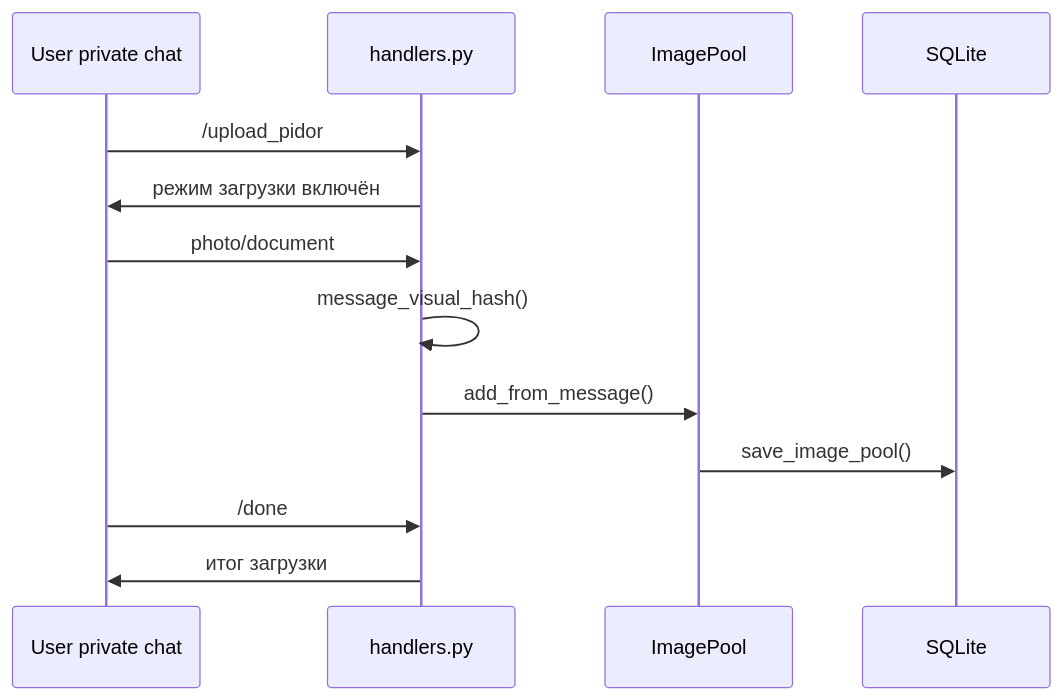
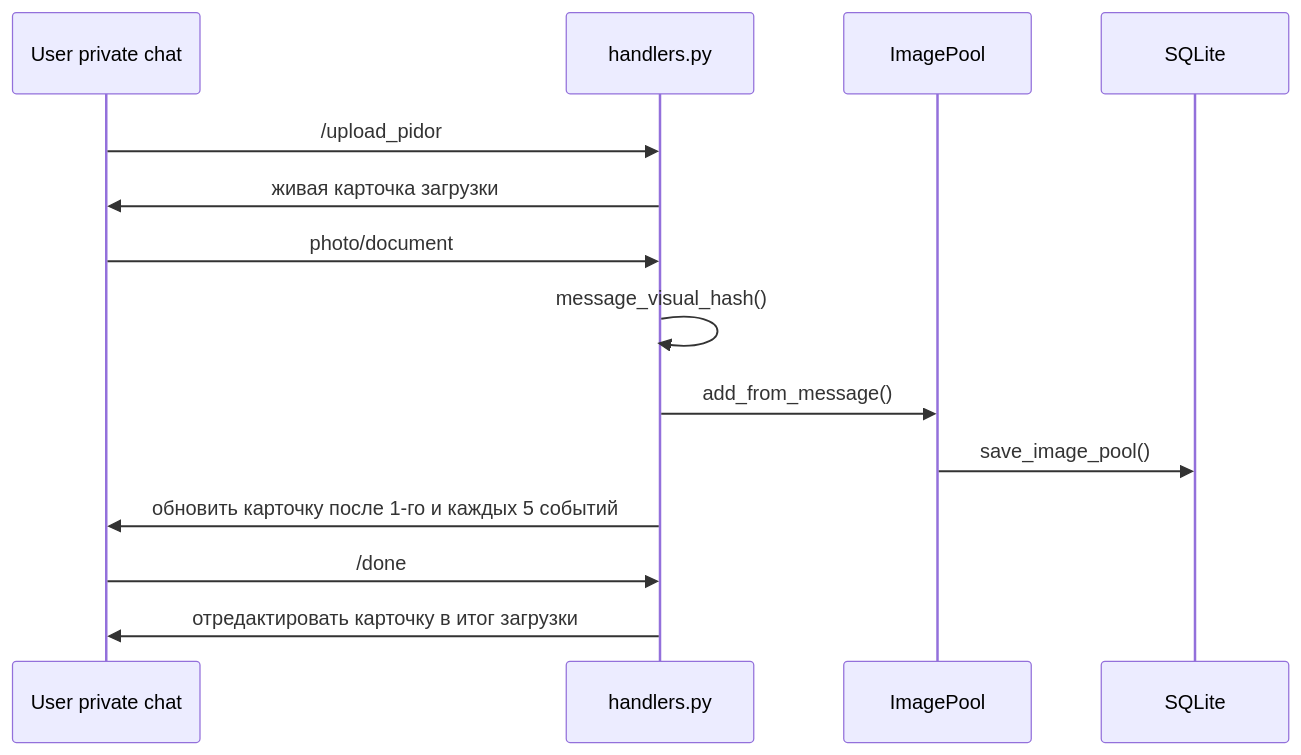
Before and after one commit to StonerHand/kartinkomet-bot: the second of 2 diagrams in docs/ARCHITECTURE.md, drawn with Mermaid. The commit also changed other lines of this file and 5 other files, not shown here.

````diff
--- a/docs/ARCHITECTURE.md
+++ b/docs/ARCHITECTURE.md
@@ -196,16 +196,17 @@
 ```mermaid
 sequenceDiagram
     participant U as User private chat
     participant H as handlers.py
     participant P as ImagePool
     participant DB as SQLite
 
     U->>H: /upload_pidor
-    H->>U: режим загрузки включён
+    H->>U: живая карточка загрузки
     U->>H: photo/document
     H->>H: message_visual_hash()
     H->>P: add_from_message()
     P->>DB: save_image_pool()
+    H->>U: обновить карточку после 1-го и каждых 5 событий
     U->>H: /done
-    H->>U: итог загрузки
+    H->>U: отредактировать карточку в итог загрузки
 ```
````
